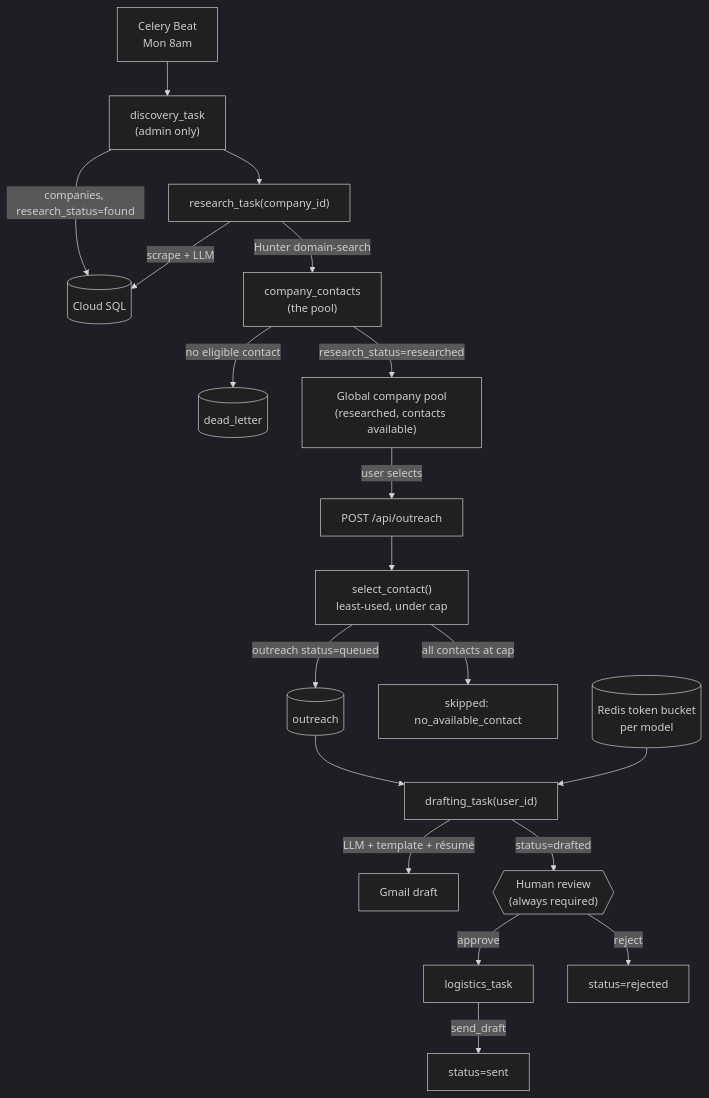
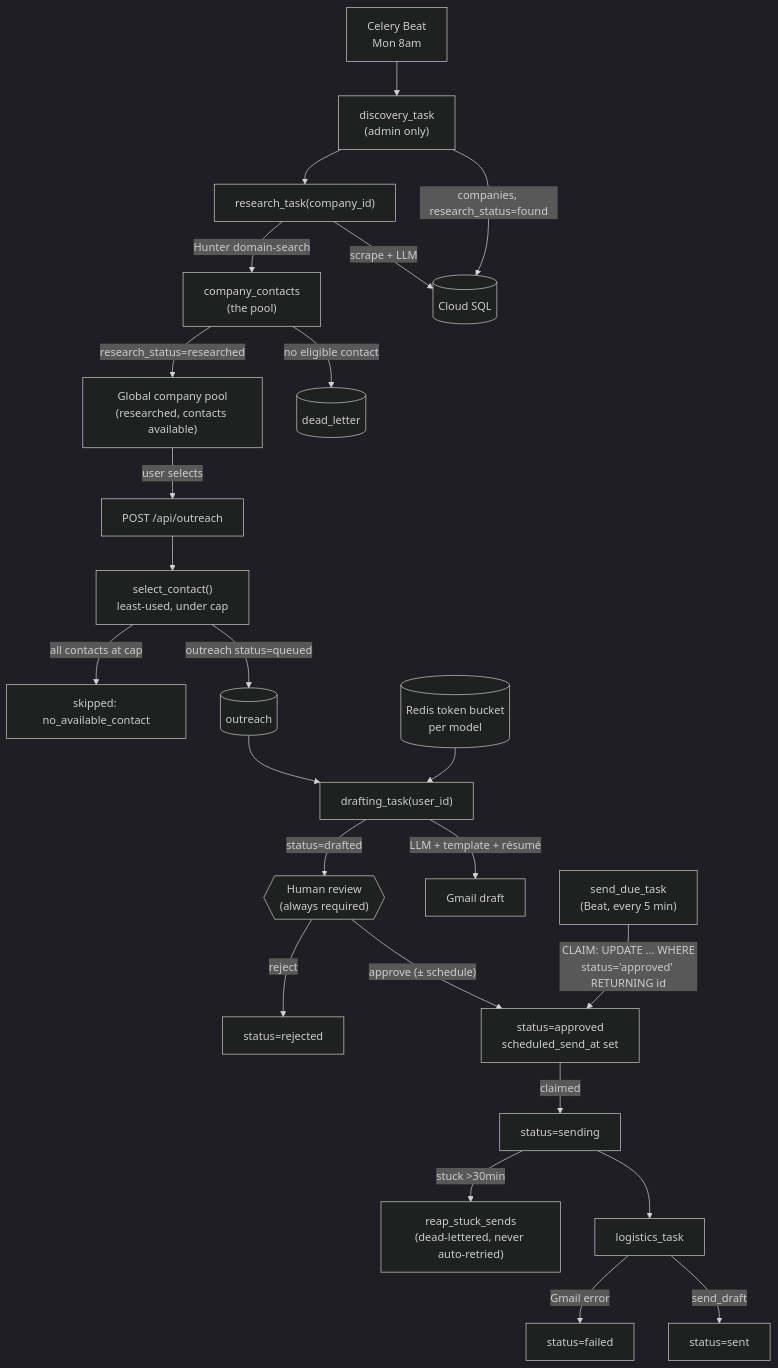
One commit to liyuxiao2/cold-email-agent changed the first of 3 diagrams in docs/architecture-flow.md. Above: the diagram before and after it, drawn with Mermaid (dark theme). The commit also changed other lines of this file and 2 other files, not shown here.

First line of the commit message:
docs: document scheduling, cadence, and the send claim guard

````diff
--- a/docs/architecture-flow.md
+++ b/docs/architecture-flow.md
@@ -26,23 +26,28 @@
 ```mermaid
 graph TD
     Beat["Celery Beat<br/>Mon 8am"] --> Disc["discovery_task<br/>(admin only)"]
     Disc -->|"companies, research_status=found"| DB[(Cloud SQL)]
     Disc --> Res["research_task(company_id)"]
     Res -->|scrape + LLM| DB
     Res -->|"Hunter domain-search"| Contacts["company_contacts<br/>(the pool)"]
     Contacts -->|"no eligible contact"| DLQ[(dead_letter)]
     Contacts -->|"research_status=researched"| Pool["Global company pool<br/>(researched, contacts available)"]
 
     Pool -->|"user selects"| Post["POST /api/outreach"]
     Post --> Sel["select_contact()<br/>least-used, under cap"]
     Sel -->|"outreach status=queued"| Queued[("outreach")]
     Sel -->|"all contacts at cap"| Skipped["skipped: no_available_contact"]
 
     Queued --> Draft["drafting_task(user_id)"]
     Bucket[("Redis token bucket<br/>per model")] --> Draft
     Draft -->|"LLM + template + résumé"| Gmail["Gmail draft"]
     Draft -->|status=drafted| Review{{"Human review<br/>(always required)"}}
-    Review -->|approve| Log["logistics_task"]
+    Review -->|"approve (± schedule)"| Approved["status=approved<br/>scheduled_send_at set"]
     Review -->|reject| Rejected["status=rejected"]
+    Scan["send_due_task<br/>(Beat, every 5 min)"] -->|"CLAIM: UPDATE ... WHERE<br/>status='approved' RETURNING id"| Approved
+    Approved -->|"claimed"| Sending["status=sending"]
+    Sending --> Log["logistics_task"]
     Log -->|"send_draft"| Sent["status=sent"]
+    Log -->|"Gmail error"| Failed["status=failed"]
+    Sending -->|"stuck >30min"| Reap["reap_stuck_sends<br/>(dead-lettered, never auto-retried)"]
 ```
````
